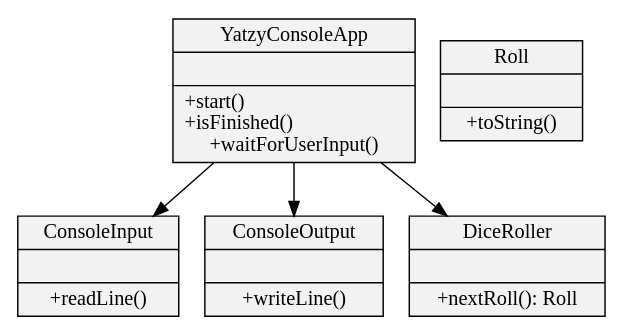
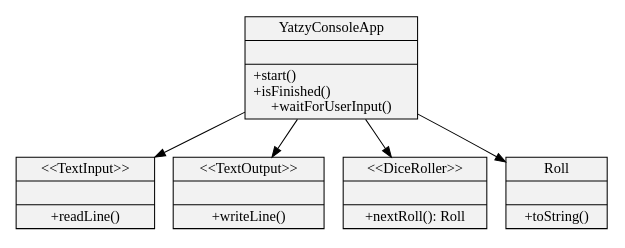
Before and after one commit to uozuAho/yatzyTopDown: the diagram in dev_log/graphviz/dice_green.dot, drawn with Graphviz. The commit also changed 9 other files, not shown here.

Commit message:
add git tags, make diagrams consistent, tidy

```diff
--- a/dev_log/graphviz/dice_green.dot
+++ b/dev_log/graphviz/dice_green.dot
@@ -1,14 +1,15 @@
 digraph dice_green {
 size="5,5"
 node[shape=record,style=filled,fillcolor=gray95]
 
 1[label = "{YatzyConsoleApp||+start()\l+isFinished()\l+waitForUserInput()}"]
-2[label = "{ConsoleInput||+readLine()}"]
-3[label = "{ConsoleOutput||+writeLine()}"]
-4[label = "{DiceRoller||+nextRoll(): Roll}"]
+2[label = "{\<\<TextInput\>\>||+readLine()}"]
+3[label = "{\<\<TextOutput\>\>||+writeLine()}"]
+4[label = "{\<\<DiceRoller\>\>||+nextRoll(): Roll}"]
 5[label = "{Roll||+toString()}"]
 
 1->2
 1->3
 1->4
+1->5
 }
```
